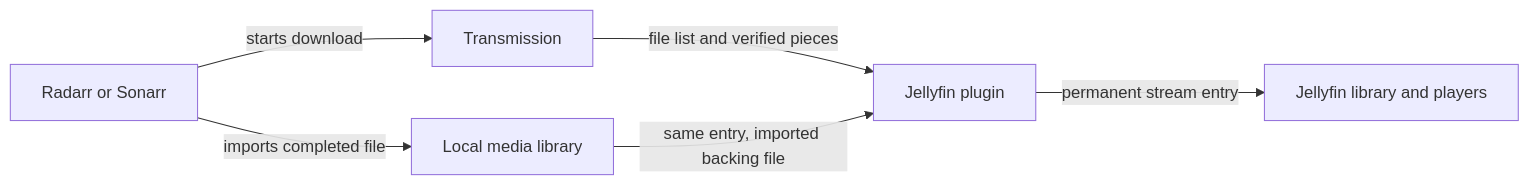
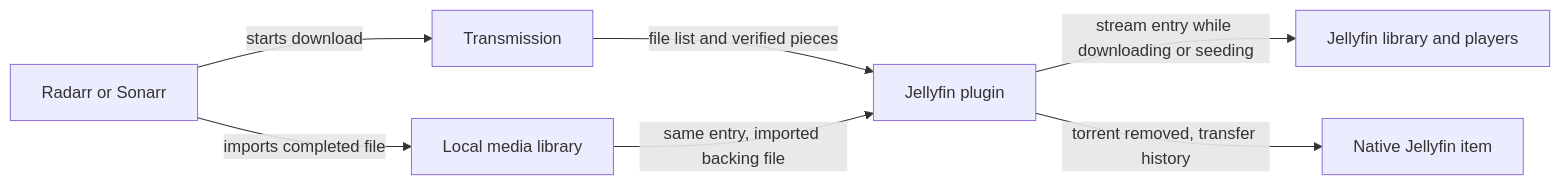
The diagram in doc/design.md (Heehaaw/jellyfin-plugin-transmission-streaming), drawn with Mermaid before and after one commit. The commit also changed other lines of this file and 56 other files, not shown here.

Commit message:
feat: hand completed streams to native Jellyfin playback

````diff
--- a/doc/design.md
+++ b/doc/design.md
@@ -6,8 +6,9 @@
 ```mermaid
 flowchart LR
     A[Radarr or Sonarr] -->|starts download| T[Transmission]
     T -->|file list and verified pieces| P[Jellyfin plugin]
-    P -->|permanent stream entry| J[Jellyfin library and players]
+    P -->|stream entry while downloading or seeding| J[Jellyfin library and players]
     A -->|imports completed file| F[Local media library]
     F -->|same entry, imported backing file| P
+    P -->|torrent removed, transfer history| N[Native Jellyfin item]
 ```
````
